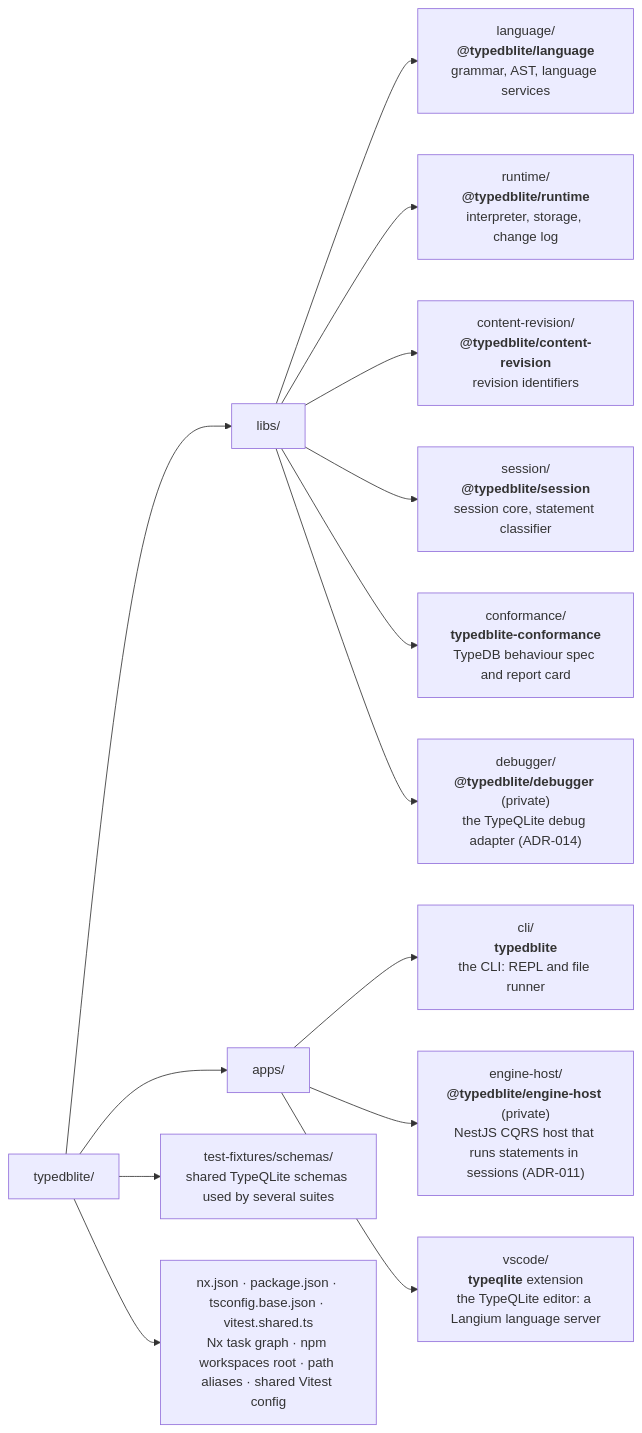
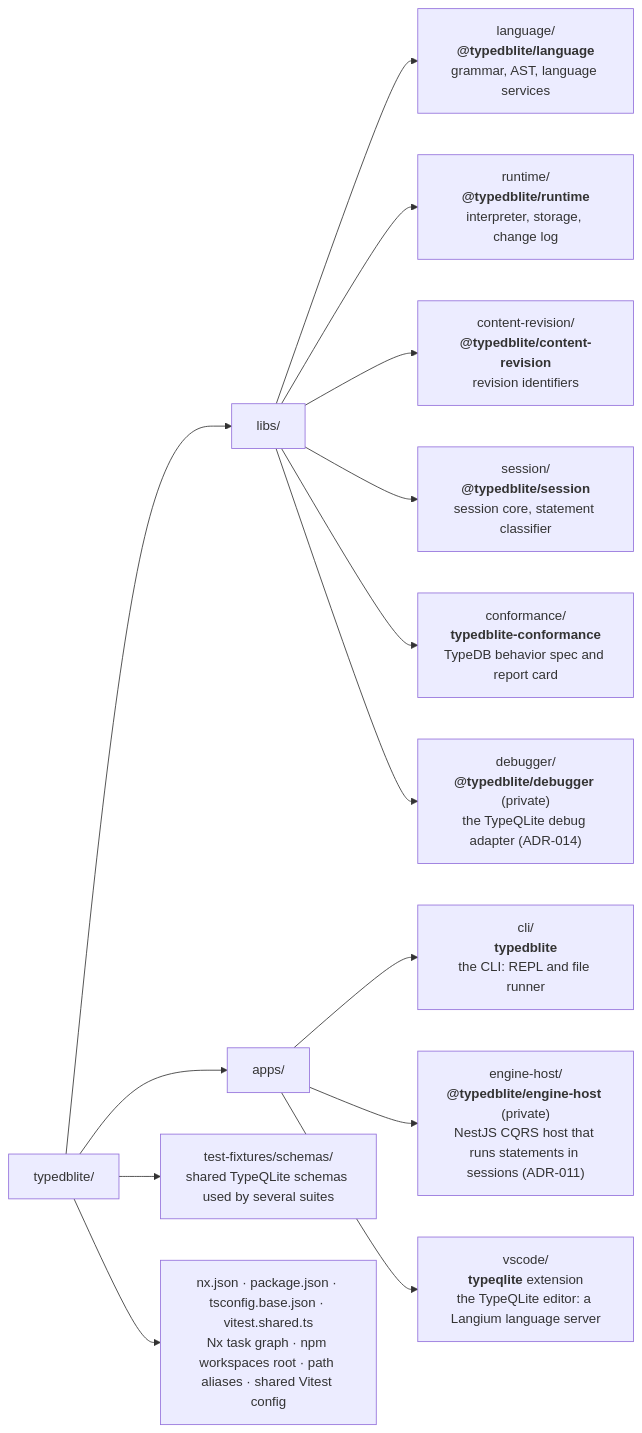
The first of 2 diagrams in AGENTS.md (typedblite/typedblite), drawn with Mermaid before and after one commit. The commit also changed other lines of this file and 185 other files, not shown here.

````diff
--- a/AGENTS.md
+++ b/AGENTS.md
@@ -9,16 +9,16 @@
 ```mermaid
 flowchart LR
   root["typedblite/"] --> libs["libs/"]
   root --> apps["apps/"]
   root --> fixtures["test-fixtures/schemas/<br/>shared TypeQLite schemas used by several suites"]
   root --> config["nx.json · package.json · tsconfig.base.json · vitest.shared.ts<br/>Nx task graph · npm workspaces root · path aliases · shared Vitest config"]
   libs --> language["language/<br/><b>@typedblite/language</b><br/>grammar, AST, language services"]
   libs --> runtime["runtime/<br/><b>@typedblite/runtime</b><br/>interpreter, storage, change log"]
   libs --> revision["content-revision/<br/><b>@typedblite/content-revision</b><br/>revision identifiers"]
   libs --> session["session/<br/><b>@typedblite/session</b><br/>session core, statement classifier"]
-  libs --> conformance["conformance/<br/><b>typedblite-conformance</b><br/>TypeDB behaviour spec and report card"]
+  libs --> conformance["conformance/<br/><b>typedblite-conformance</b><br/>TypeDB behavior spec and report card"]
   libs --> debugger["debugger/<br/><b>@typedblite/debugger</b> (private)<br/>the TypeQLite debug adapter (ADR-014)"]
   apps --> cli["cli/<br/><b>typedblite</b><br/>the CLI: REPL and file runner"]
   apps --> host["engine-host/<br/><b>@typedblite/engine-host</b> (private)<br/>NestJS CQRS host that runs statements in sessions (ADR-011)"]
   apps --> vscode["vscode/<br/><b>typeqlite</b> extension<br/>the TypeQLite editor: a Langium language server"]
 ```
````
